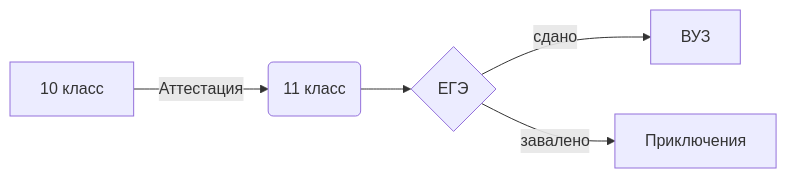
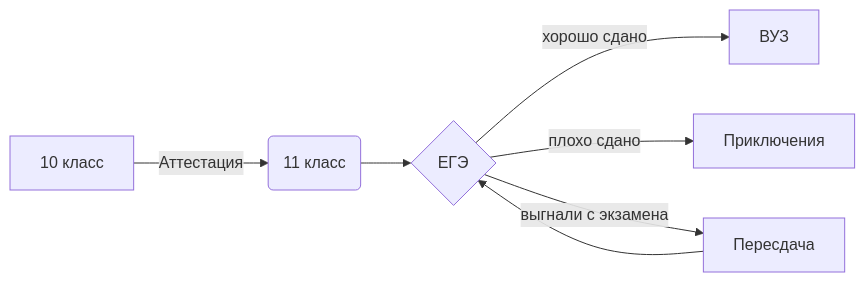
The diagram in README.md (Ethryna/InfTasks), drawn with Mermaid before and after one commit.

````diff
--- a/README.md
+++ b/README.md
@@ -56,7 +56,8 @@
 ```mermaid 
 flowchart LR
 A[10 класс] -->|Аттестация| B(11 класс)
 B --> C{ЕГЭ}
-C -->|сдано| D[ВУЗ]
-C -->|завалено| E[Приключения]
+C -->|хорошо сдано| D[ВУЗ]
+C -->|плохо сдано| E[Приключения]
+C -->|выгнали с экзамена| F[Пересдача] --> C
 ```
````
